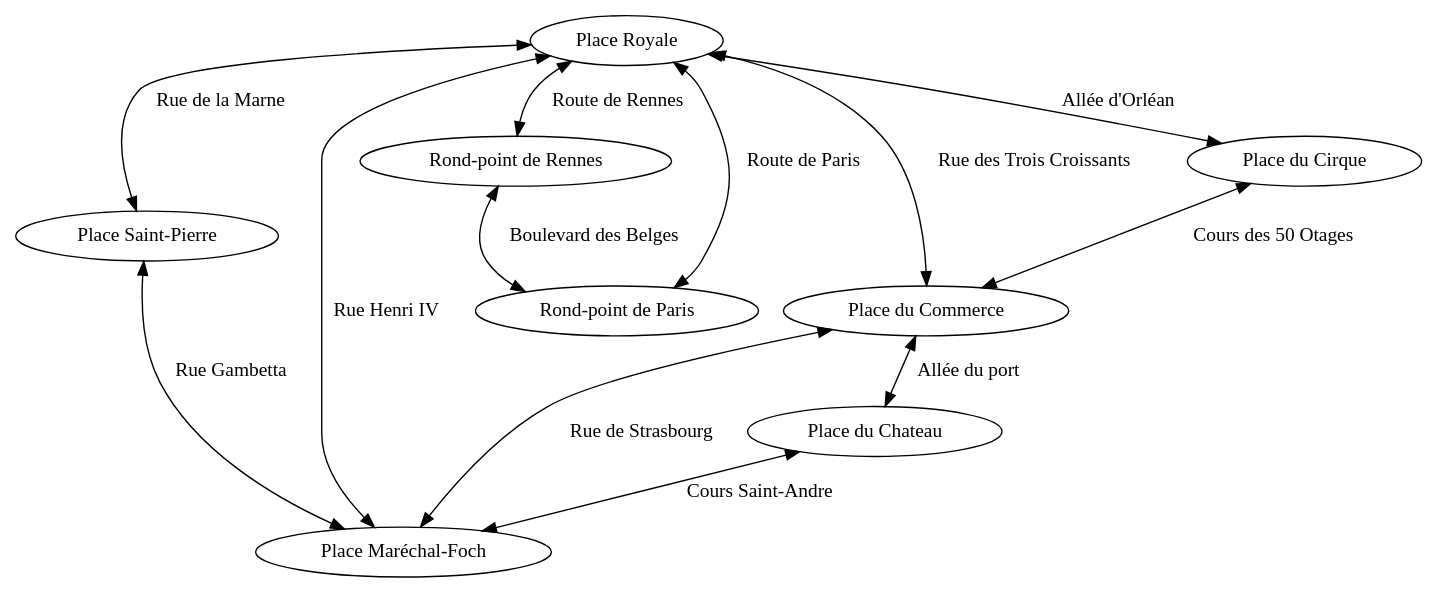
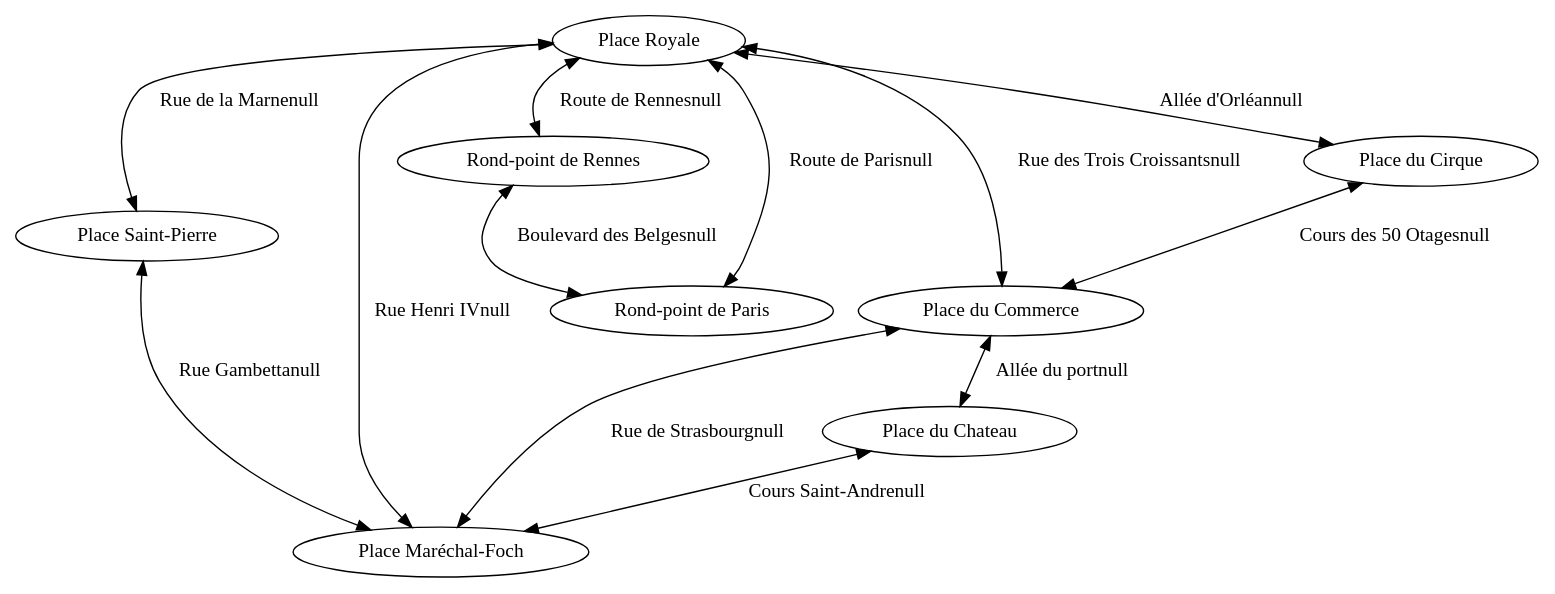
Before and after one commit to Bertrandbenj/GraphAndNet: the diagram in Doc/nantes.dot, drawn with Graphviz. The commit also changed 87 other files, not shown here.

```diff
--- a/Doc/nantes.dot
+++ b/Doc/nantes.dot
@@ -1,24 +1,24 @@
 digraph {
 edge [dir="both"];
 	Place_Royale [label="Place Royale"];
 	Rond_point_de_Rennes [label="Rond-point de Rennes"];
 	Rond_point_de_Paris [label="Rond-point de Paris"];
 	Place_Saint_Pierre [label="Place Saint-Pierre"];
 	Place_Marechal_Foch [label="Place Maréchal-Foch"];
 	Place_du_Chateau [label="Place du Chateau"];
 	Place_du_Commerce [label="Place du Commerce"];
 	Place_du_Cirque [label="Place du Cirque"];
 
-	Place_Royale -> Rond_point_de_Rennes [label="Route de Rennes"];
-	Rond_point_de_Rennes -> Rond_point_de_Paris [label="Boulevard des Belges"];
-	Rond_point_de_Paris -> Place_Royale [label="Route de Paris"];
-	Place_Royale -> Place_Saint_Pierre [label="Rue de la Marne"];
-	Place_Saint_Pierre -> Place_Marechal_Foch [label="Rue Gambetta"];
-	Place_Royale -> Place_Marechal_Foch [label="Rue Henri IV"];
-	Place_Royale -> Place_du_Commerce [label="Rue des Trois Croissants"];
-	Place_Royale -> Place_du_Cirque [label="Allée d'Orléan"];
-	Place_du_Cirque -> Place_du_Commerce [label="Cours des 50 Otages"];
-	Place_du_Commerce -> Place_Marechal_Foch [label="Rue de Strasbourg"];
-	Place_du_Commerce -> Place_du_Chateau [label="Allée du port"];
-	Place_du_Chateau -> Place_Marechal_Foch [label="Cours Saint-Andre"];
+	Place_Royale -> Rond_point_de_Rennes [label="Route de Rennesnull"];
+	Rond_point_de_Rennes -> Rond_point_de_Paris [label="Boulevard des Belgesnull"];
+	Rond_point_de_Paris -> Place_Royale [label="Route de Parisnull"];
+	Place_Royale -> Place_Saint_Pierre [label="Rue de la Marnenull"];
+	Place_Saint_Pierre -> Place_Marechal_Foch [label="Rue Gambettanull"];
+	Place_Royale -> Place_Marechal_Foch [label="Rue Henri IVnull"];
+	Place_Royale -> Place_du_Commerce [label="Rue des Trois Croissantsnull"];
+	Place_Royale -> Place_du_Cirque [label="Allée d'Orléannull"];
+	Place_du_Cirque -> Place_du_Commerce [label="Cours des 50 Otagesnull"];
+	Place_du_Commerce -> Place_Marechal_Foch [label="Rue de Strasbourgnull"];
+	Place_du_Commerce -> Place_du_Chateau [label="Allée du portnull"];
+	Place_du_Chateau -> Place_Marechal_Foch [label="Cours Saint-Andrenull"];
 }
```
